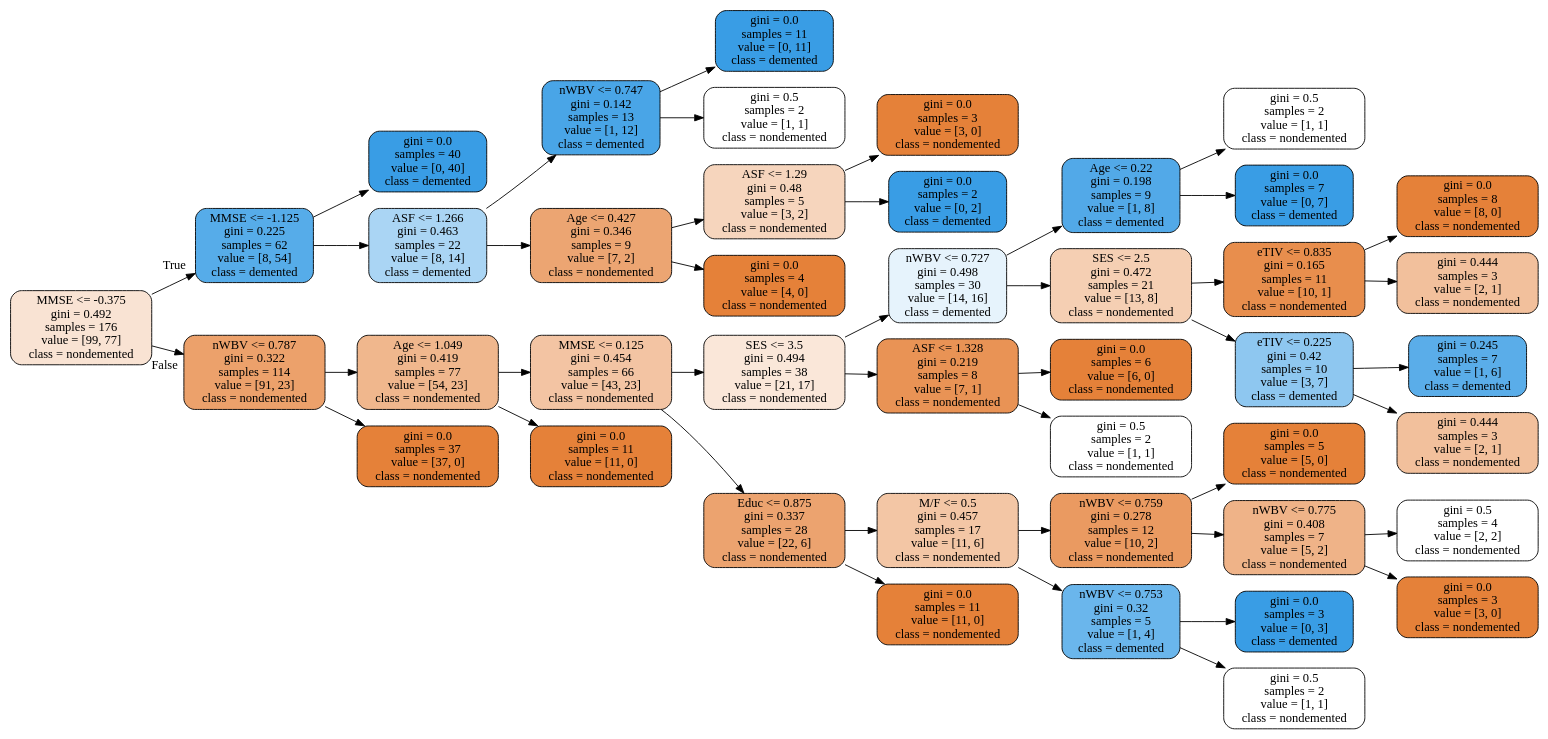
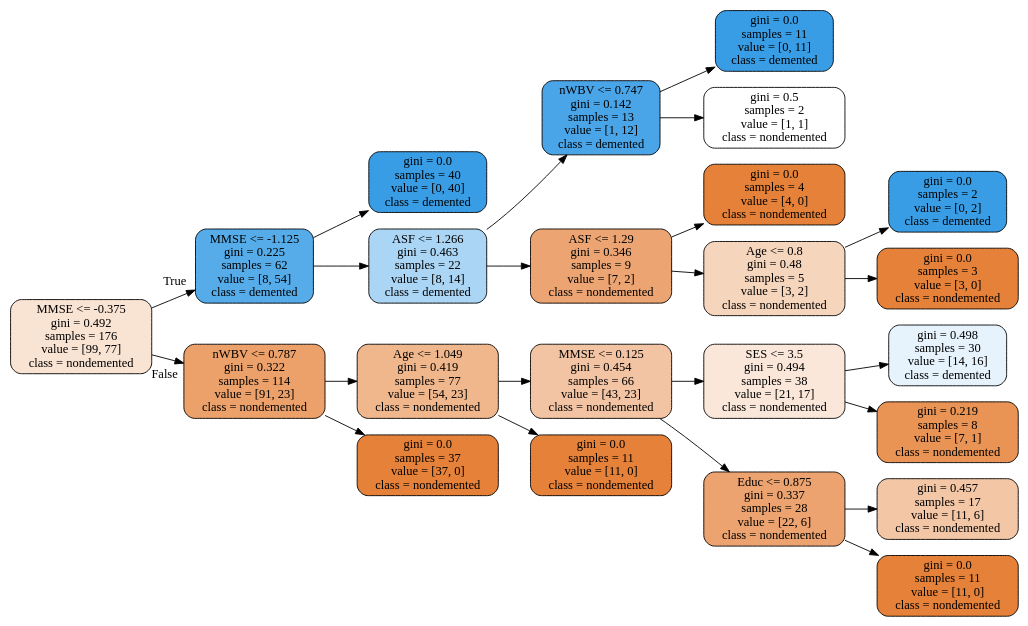
One commit to mkvph0ch/memobrain changed the diagram in notebooks/best_tree.dot. Above: the diagram before and after it, drawn with Graphviz. The commit also changed 1 other file, not shown here.

```diff
--- a/notebooks/best_tree.dot
+++ b/notebooks/best_tree.dot
@@ -1,90 +1,50 @@
 digraph Tree {
 node [shape=box, style="filled, rounded", color="black", fontname="futura"] ;
 edge [fontname="futura"] ;
 rankdir=LR ;
 0 [label="MMSE <= -0.375\ngini = 0.492\nsamples = 176\nvalue = [99, 77]\nclass = nondemented", fillcolor="#f9e3d3"] ;
 1 [label="MMSE <= -1.125\ngini = 0.225\nsamples = 62\nvalue = [8, 54]\nclass = demented", fillcolor="#56ace9"] ;
 0 -> 1 [labeldistance=2.5, labelangle=-45, headlabel="True"] ;
 2 [label="gini = 0.0\nsamples = 40\nvalue = [0, 40]\nclass = demented", fillcolor="#399de5"] ;
 1 -> 2 ;
 3 [label="ASF <= 1.266\ngini = 0.463\nsamples = 22\nvalue = [8, 14]\nclass = demented", fillcolor="#aad5f4"] ;
 1 -> 3 ;
 4 [label="nWBV <= 0.747\ngini = 0.142\nsamples = 13\nvalue = [1, 12]\nclass = demented", fillcolor="#49a5e7"] ;
 3 -> 4 ;
 5 [label="gini = 0.0\nsamples = 11\nvalue = [0, 11]\nclass = demented", fillcolor="#399de5"] ;
 4 -> 5 ;
 6 [label="gini = 0.5\nsamples = 2\nvalue = [1, 1]\nclass = nondemented", fillcolor="#ffffff"] ;
 4 -> 6 ;
-7 [label="Age <= 0.427\ngini = 0.346\nsamples = 9\nvalue = [7, 2]\nclass = nondemented", fillcolor="#eca572"] ;
+7 [label="ASF <= 1.29\ngini = 0.346\nsamples = 9\nvalue = [7, 2]\nclass = nondemented", fillcolor="#eca572"] ;
 3 -> 7 ;
-8 [label="ASF <= 1.29\ngini = 0.48\nsamples = 5\nvalue = [3, 2]\nclass = nondemented", fillcolor="#f6d5bd"] ;
+8 [label="gini = 0.0\nsamples = 4\nvalue = [4, 0]\nclass = nondemented", fillcolor="#e58139"] ;
 7 -> 8 ;
-9 [label="gini = 0.0\nsamples = 3\nvalue = [3, 0]\nclass = nondemented", fillcolor="#e58139"] ;
-8 -> 9 ;
+9 [label="Age <= 0.8\ngini = 0.48\nsamples = 5\nvalue = [3, 2]\nclass = nondemented", fillcolor="#f6d5bd"] ;
+7 -> 9 ;
 10 [label="gini = 0.0\nsamples = 2\nvalue = [0, 2]\nclass = demented", fillcolor="#399de5"] ;
-8 -> 10 ;
-11 [label="gini = 0.0\nsamples = 4\nvalue = [4, 0]\nclass = nondemented", fillcolor="#e58139"] ;
-7 -> 11 ;
+9 -> 10 ;
+11 [label="gini = 0.0\nsamples = 3\nvalue = [3, 0]\nclass = nondemented", fillcolor="#e58139"] ;
+9 -> 11 ;
 12 [label="nWBV <= 0.787\ngini = 0.322\nsamples = 114\nvalue = [91, 23]\nclass = nondemented", fillcolor="#eca16b"] ;
 0 -> 12 [labeldistance=2.5, labelangle=45, headlabel="False"] ;
 13 [label="Age <= 1.049\ngini = 0.419\nsamples = 77\nvalue = [54, 23]\nclass = nondemented", fillcolor="#f0b78d"] ;
 12 -> 13 ;
 14 [label="MMSE <= 0.125\ngini = 0.454\nsamples = 66\nvalue = [43, 23]\nclass = nondemented", fillcolor="#f3c4a3"] ;
 13 -> 14 ;
 15 [label="SES <= 3.5\ngini = 0.494\nsamples = 38\nvalue = [21, 17]\nclass = nondemented", fillcolor="#fae7d9"] ;
 14 -> 15 ;
-16 [label="nWBV <= 0.727\ngini = 0.498\nsamples = 30\nvalue = [14, 16]\nclass = demented", fillcolor="#e6f3fc"] ;
+16 [label="gini = 0.498\nsamples = 30\nvalue = [14, 16]\nclass = demented", fillcolor="#e6f3fc"] ;
 15 -> 16 ;
-17 [label="Age <= 0.22\ngini = 0.198\nsamples = 9\nvalue = [1, 8]\nclass = demented", fillcolor="#52a9e8"] ;
-16 -> 17 ;
-18 [label="gini = 0.5\nsamples = 2\nvalue = [1, 1]\nclass = nondemented", fillcolor="#ffffff"] ;
-17 -> 18 ;
-19 [label="gini = 0.0\nsamples = 7\nvalue = [0, 7]\nclass = demented", fillcolor="#399de5"] ;
-17 -> 19 ;
-20 [label="SES <= 2.5\ngini = 0.472\nsamples = 21\nvalue = [13, 8]\nclass = nondemented", fillcolor="#f5cfb3"] ;
-16 -> 20 ;
-21 [label="eTIV <= 0.835\ngini = 0.165\nsamples = 11\nvalue = [10, 1]\nclass = nondemented", fillcolor="#e88e4d"] ;
-20 -> 21 ;
-22 [label="gini = 0.0\nsamples = 8\nvalue = [8, 0]\nclass = nondemented", fillcolor="#e58139"] ;
-21 -> 22 ;
-23 [label="gini = 0.444\nsamples = 3\nvalue = [2, 1]\nclass = nondemented", fillcolor="#f2c09c"] ;
-21 -> 23 ;
-24 [label="eTIV <= 0.225\ngini = 0.42\nsamples = 10\nvalue = [3, 7]\nclass = demented", fillcolor="#8ec7f0"] ;
-20 -> 24 ;
-25 [label="gini = 0.245\nsamples = 7\nvalue = [1, 6]\nclass = demented", fillcolor="#5aade9"] ;
-24 -> 25 ;
-26 [label="gini = 0.444\nsamples = 3\nvalue = [2, 1]\nclass = nondemented", fillcolor="#f2c09c"] ;
-24 -> 26 ;
-27 [label="ASF <= 1.328\ngini = 0.219\nsamples = 8\nvalue = [7, 1]\nclass = nondemented", fillcolor="#e99355"] ;
-15 -> 27 ;
-28 [label="gini = 0.0\nsamples = 6\nvalue = [6, 0]\nclass = nondemented", fillcolor="#e58139"] ;
-27 -> 28 ;
-29 [label="gini = 0.5\nsamples = 2\nvalue = [1, 1]\nclass = nondemented", fillcolor="#ffffff"] ;
-27 -> 29 ;
-30 [label="Educ <= 0.875\ngini = 0.337\nsamples = 28\nvalue = [22, 6]\nclass = nondemented", fillcolor="#eca36f"] ;
-14 -> 30 ;
-31 [label="M/F <= 0.5\ngini = 0.457\nsamples = 17\nvalue = [11, 6]\nclass = nondemented", fillcolor="#f3c6a5"] ;
-30 -> 31 ;
-32 [label="nWBV <= 0.759\ngini = 0.278\nsamples = 12\nvalue = [10, 2]\nclass = nondemented", fillcolor="#ea9a61"] ;
-31 -> 32 ;
-33 [label="gini = 0.0\nsamples = 5\nvalue = [5, 0]\nclass = nondemented", fillcolor="#e58139"] ;
-32 -> 33 ;
-34 [label="nWBV <= 0.775\ngini = 0.408\nsamples = 7\nvalue = [5, 2]\nclass = nondemented", fillcolor="#efb388"] ;
-32 -> 34 ;
-35 [label="gini = 0.5\nsamples = 4\nvalue = [2, 2]\nclass = nondemented", fillcolor="#ffffff"] ;
-34 -> 35 ;
-36 [label="gini = 0.0\nsamples = 3\nvalue = [3, 0]\nclass = nondemented", fillcolor="#e58139"] ;
-34 -> 36 ;
-37 [label="nWBV <= 0.753\ngini = 0.32\nsamples = 5\nvalue = [1, 4]\nclass = demented", fillcolor="#6ab6ec"] ;
-31 -> 37 ;
-38 [label="gini = 0.0\nsamples = 3\nvalue = [0, 3]\nclass = demented", fillcolor="#399de5"] ;
-37 -> 38 ;
-39 [label="gini = 0.5\nsamples = 2\nvalue = [1, 1]\nclass = nondemented", fillcolor="#ffffff"] ;
-37 -> 39 ;
-40 [label="gini = 0.0\nsamples = 11\nvalue = [11, 0]\nclass = nondemented", fillcolor="#e58139"] ;
-30 -> 40 ;
-41 [label="gini = 0.0\nsamples = 11\nvalue = [11, 0]\nclass = nondemented", fillcolor="#e58139"] ;
-13 -> 41 ;
-42 [label="gini = 0.0\nsamples = 37\nvalue = [37, 0]\nclass = nondemented", fillcolor="#e58139"] ;
-12 -> 42 ;
+17 [label="gini = 0.219\nsamples = 8\nvalue = [7, 1]\nclass = nondemented", fillcolor="#e99355"] ;
+15 -> 17 ;
+18 [label="Educ <= 0.875\ngini = 0.337\nsamples = 28\nvalue = [22, 6]\nclass = nondemented", fillcolor="#eca36f"] ;
+14 -> 18 ;
+19 [label="gini = 0.457\nsamples = 17\nvalue = [11, 6]\nclass = nondemented", fillcolor="#f3c6a5"] ;
+18 -> 19 ;
+20 [label="gini = 0.0\nsamples = 11\nvalue = [11, 0]\nclass = nondemented", fillcolor="#e58139"] ;
+18 -> 20 ;
+21 [label="gini = 0.0\nsamples = 11\nvalue = [11, 0]\nclass = nondemented", fillcolor="#e58139"] ;
+13 -> 21 ;
+22 [label="gini = 0.0\nsamples = 37\nvalue = [37, 0]\nclass = nondemented", fillcolor="#e58139"] ;
+12 -> 22 ;
 }
```
